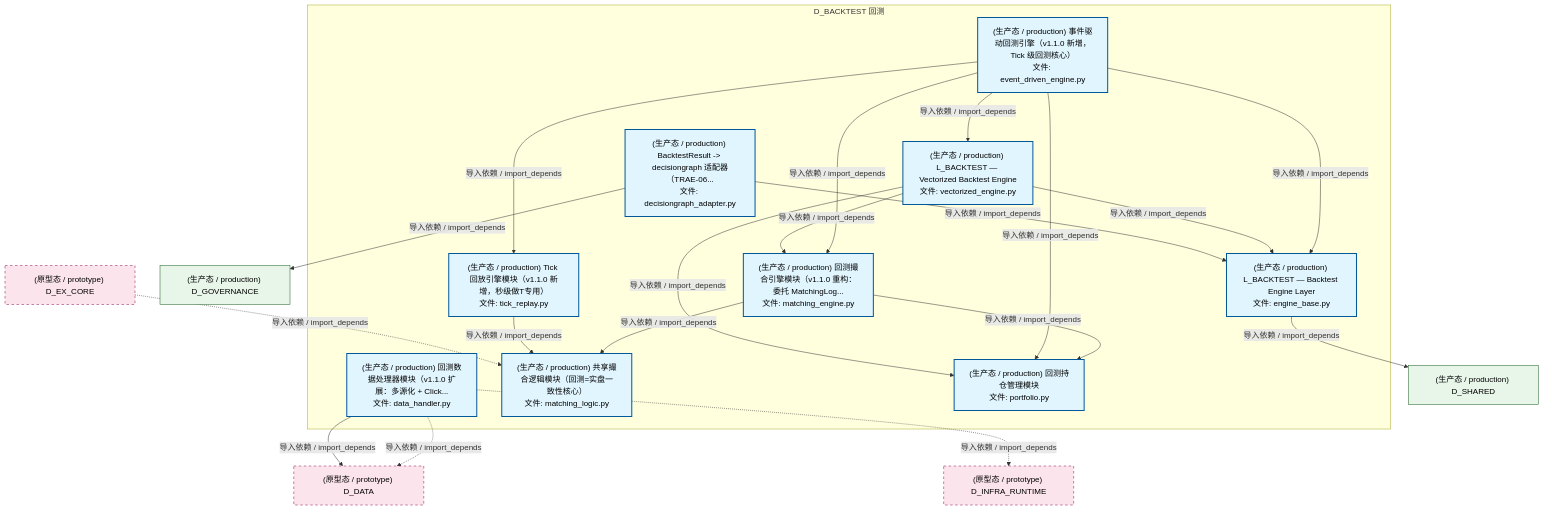
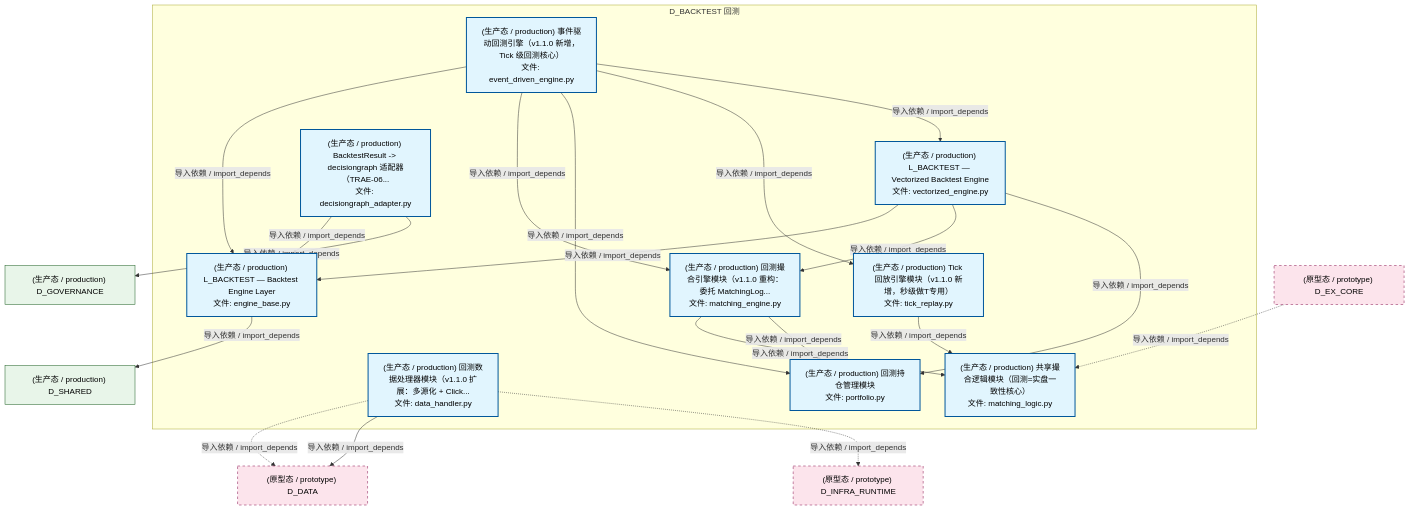
The second of 5 diagrams in docs/02_enterprise_architecture/02_domain_architecture_docs/30_d_backtest.md (xuanFelixVan/ZephyrAlpha), drawn with Mermaid before and after one commit. The commit also changed other lines of this file and 101 other files, not shown here.

````diff
--- a/docs/02_enterprise_architecture/02_domain_architecture_docs/30_d_backtest.md
+++ b/docs/02_enterprise_architecture/02_domain_architecture_docs/30_d_backtest.md
@@ -182,44 +182,44 @@
 ```mermaid
 graph TD
     subgraph D_BACKTEST["D_BACKTEST 回测"]
         src_zephyr_backtest_core_data_handler_py["(生产态 / production) 回测数据处理器模块（v1.1.0 扩展：多源化 + Click...<br/>文件: data_handler.py"]
         src_zephyr_backtest_core_engine_base_py["(生产态 / production) L_BACKTEST — Backtest Engine Layer<br/>文件: engine_base.py"]
         src_zephyr_backtest_core_matching_engine_py["(生产态 / production) 回测撮合引擎模块（v1.1.0 重构：委托 MatchingLog...<br/>文件: matching_engine.py"]
         src_zephyr_backtest_core_matching_logic_py["(生产态 / production) 共享撮合逻辑模块（回测=实盘一致性核心）<br/>文件: matching_logic.py"]
         src_zephyr_backtest_core_portfolio_py["(生产态 / production) 回测持仓管理模块<br/>文件: portfolio.py"]
         src_zephyr_backtest_core_tick_replay_py["(生产态 / production) Tick 回放引擎模块（v1.1.0 新增，秒级做T专用）<br/>文件: tick_replay.py"]
         src_zephyr_backtest_implementations_event_driven_engine_py["(生产态 / production) 事件驱动回测引擎（v1.1.0 新增，Tick 级回测核心）<br/>文件: event_driven_engine.py"]
         src_zephyr_backtest_implementations_vectorized_engine_py["(生产态 / production) L_BACKTEST — Vectorized Backtest Engine<br/>文件: vectorized_engine.py"]
         src_zephyr_backtest_io_decisiongraph_adapter_py["(生产态 / production) BacktestResult -> decisiongraph 适配器（TRAE-06...<br/>文件: decisiongraph_adapter.py"]
     end
     src_zephyr_backtest_core_matching_engine_py -->|导入依赖 / import_depends| src_zephyr_backtest_core_matching_logic_py
     src_zephyr_backtest_core_matching_engine_py -->|导入依赖 / import_depends| src_zephyr_backtest_core_portfolio_py
     src_zephyr_backtest_core_tick_replay_py -->|导入依赖 / import_depends| src_zephyr_backtest_core_matching_logic_py
+    src_zephyr_backtest_implementations_event_driven_engine_py -->|导入依赖 / import_depends| src_zephyr_backtest_core_engine_base_py
     src_zephyr_backtest_implementations_event_driven_engine_py -->|导入依赖 / import_depends| src_zephyr_backtest_core_matching_engine_py
-    src_zephyr_backtest_implementations_event_driven_engine_py -->|导入依赖 / import_depends| src_zephyr_backtest_core_engine_base_py
     src_zephyr_backtest_implementations_event_driven_engine_py -->|导入依赖 / import_depends| src_zephyr_backtest_core_portfolio_py
     src_zephyr_backtest_implementations_event_driven_engine_py -->|导入依赖 / import_depends| src_zephyr_backtest_core_tick_replay_py
     src_zephyr_backtest_implementations_event_driven_engine_py -->|导入依赖 / import_depends| src_zephyr_backtest_implementations_vectorized_engine_py
+    src_zephyr_backtest_implementations_vectorized_engine_py -->|导入依赖 / import_depends| src_zephyr_backtest_core_engine_base_py
     src_zephyr_backtest_implementations_vectorized_engine_py -->|导入依赖 / import_depends| src_zephyr_backtest_core_matching_engine_py
-    src_zephyr_backtest_implementations_vectorized_engine_py -->|导入依赖 / import_depends| src_zephyr_backtest_core_engine_base_py
     src_zephyr_backtest_implementations_vectorized_engine_py -->|导入依赖 / import_depends| src_zephyr_backtest_core_portfolio_py
     src_zephyr_backtest_io_decisiongraph_adapter_py -->|导入依赖 / import_depends| src_zephyr_backtest_core_engine_base_py
     D_DATA["(原型态 / prototype) D_DATA"]
     src_zephyr_backtest_core_data_handler_py -.->|导入依赖 / import_depends| D_DATA
     src_zephyr_backtest_core_data_handler_py -->|导入依赖 / import_depends| D_DATA
     D_INFRA_RUNTIME["(原型态 / prototype) D_INFRA_RUNTIME"]
     src_zephyr_backtest_core_data_handler_py -.->|导入依赖 / import_depends| D_INFRA_RUNTIME
     D_SHARED["(生产态 / production) D_SHARED"]
     src_zephyr_backtest_core_engine_base_py -->|导入依赖 / import_depends| D_SHARED
     D_GOVERNANCE["(生产态 / production) D_GOVERNANCE"]
     src_zephyr_backtest_io_decisiongraph_adapter_py -->|导入依赖 / import_depends| D_GOVERNANCE
     D_EX_CORE["(原型态 / prototype) D_EX_CORE"]
     D_EX_CORE -.->|导入依赖 / import_depends| src_zephyr_backtest_core_matching_logic_py
     classDef production fill:#e1f5fe,stroke:#01579b,stroke-width:2px,color:#000
     classDef design fill:#fff3e0,stroke:#e65100,stroke-width:2px,color:#000,stroke-dasharray: 5 5
     classDef external_prod fill:#e8f5e9,stroke:#1b5e20,stroke-width:1px,color:#000
     classDef external_design fill:#fce4ec,stroke:#880e4f,stroke-width:1px,color:#000,stroke-dasharray: 5 5
     class src_zephyr_backtest_core_data_handler_py,src_zephyr_backtest_core_engine_base_py,src_zephyr_backtest_core_matching_engine_py,src_zephyr_backtest_core_matching_logic_py,src_zephyr_backtest_core_portfolio_py,src_zephyr_backtest_core_tick_replay_py,src_zephyr_backtest_implementations_event_driven_engine_py,src_zephyr_backtest_implementations_vectorized_engine_py,src_zephyr_backtest_io_decisiongraph_adapter_py production
     class D_SHARED,D_GOVERNANCE external_prod
     class D_DATA,D_INFRA_RUNTIME,D_EX_CORE external_design
 ```
````
